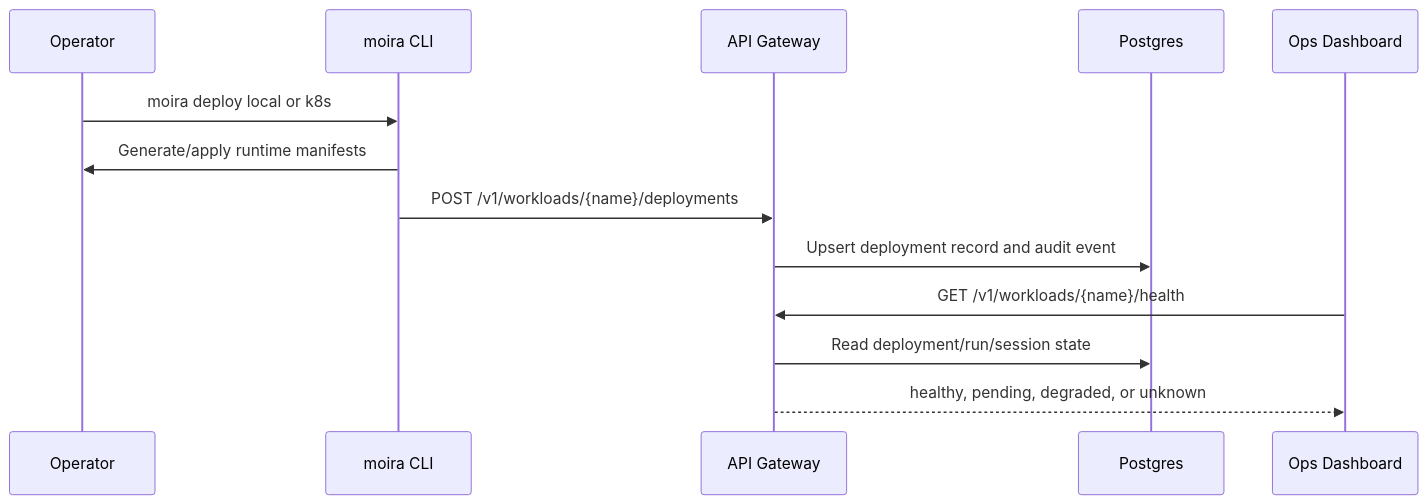
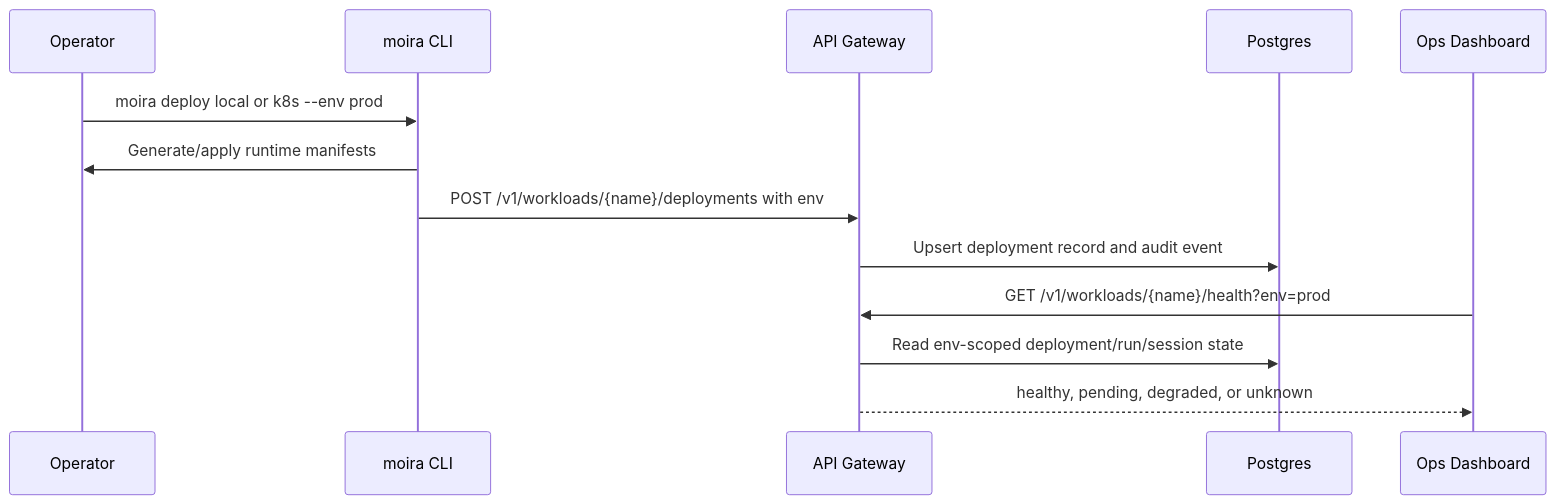
One commit to moiraweave-labs/moiraweave-docs changed the fourth of 5 diagrams in docs/agent-ops-architecture.md. Above: the diagram before and after it, drawn with Mermaid. The commit also changed other lines of this file and 3 other files, not shown here.

````diff
--- a/docs/agent-ops-architecture.md
+++ b/docs/agent-ops-architecture.md
@@ -90,16 +90,16 @@
 ```mermaid
 sequenceDiagram
   participant O as Operator
   participant CLI as moira CLI
   participant API as API Gateway
   participant DB as Postgres
   participant UI as Ops Dashboard
 
-  O->>CLI: moira deploy local or k8s
+  O->>CLI: moira deploy local or k8s --env prod
   CLI->>O: Generate/apply runtime manifests
-  CLI->>API: POST /v1/workloads/{name}/deployments
+  CLI->>API: POST /v1/workloads/{name}/deployments with env
   API->>DB: Upsert deployment record and audit event
-  UI->>API: GET /v1/workloads/{name}/health
-  API->>DB: Read deployment/run/session state
+  UI->>API: GET /v1/workloads/{name}/health?env=prod
+  API->>DB: Read env-scoped deployment/run/session state
   API-->>UI: healthy, pending, degraded, or unknown
 ```
````
